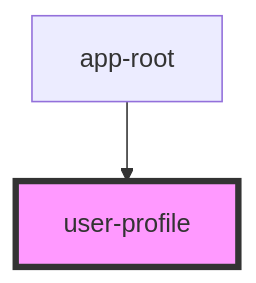
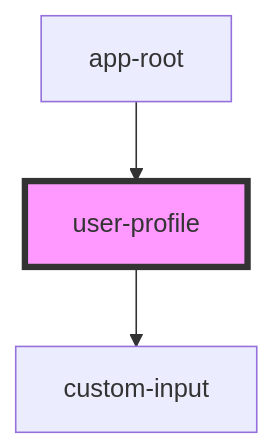
The diagram in src/components/user-profile/readme.md (jimbono/stencil-form-telemetry), drawn with Mermaid before and after one commit. The commit also changed other lines of this file and 6 other files, not shown here.

````diff
--- a/src/components/user-profile/readme.md
+++ b/src/components/user-profile/readme.md
@@ -23,5 +27,6 @@
 ```mermaid
 graph TD;
+  user-profile --> custom-input
   app-root --> user-profile
   style user-profile fill:#f9f,stroke:#333,stroke-width:4px
 ```
````
